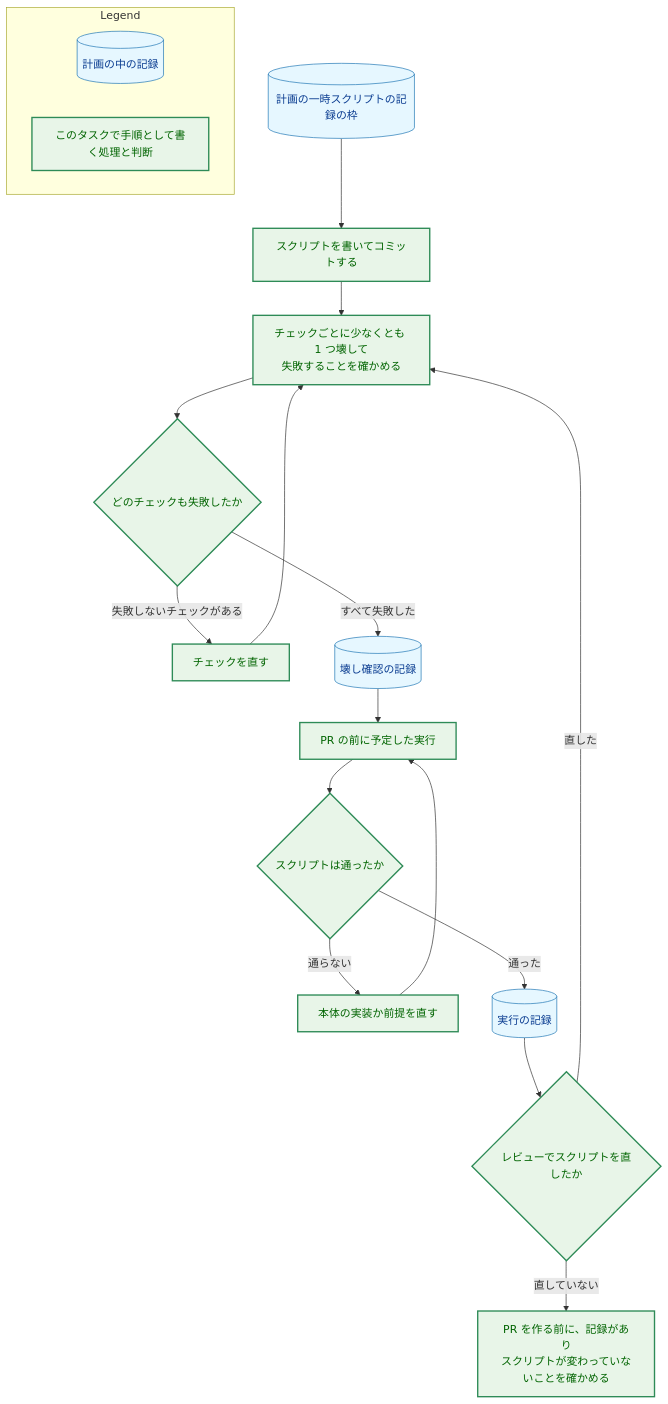
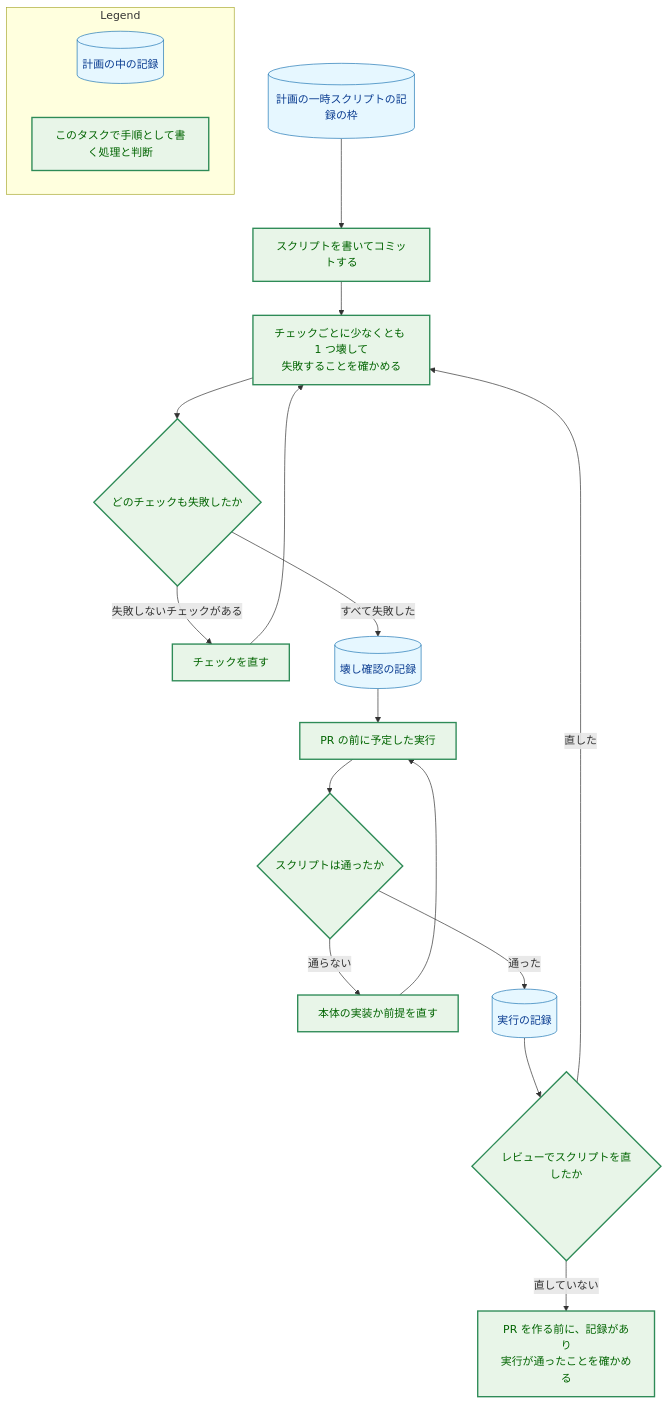
Before and after one commit to isseis/yt2column: the fourth of 5 diagrams in docs/tasks/0124_checks_proportion/02_architecture.md, drawn with Mermaid. The commit also changed other lines of this file and 1 other file, not shown here.

````diff
--- a/docs/tasks/0124_checks_proportion/02_architecture.md
+++ b/docs/tasks/0124_checks_proportion/02_architecture.md
@@ -456,36 +440,36 @@
 ```mermaid
 flowchart TD
     classDef data fill:#e6f7ff,stroke:#1f77b4,stroke-width:1px,color:#0b3d91;
     classDef enhanced fill:#e8f5e8,stroke:#2e8b57,stroke-width:2px,color:#006400;
 
     SLOT[("計画の一時スクリプトの記録の枠")]
     WRITE["スクリプトを書いてコミットする"]
     BREAK["チェックごとに少なくとも 1 つ壊して<br>失敗することを確かめる"]
     FAIL{"どのチェックも失敗したか"}
     FIX["チェックを直す"]
     BREC[("壊し確認の記録")]
     RUN["PR の前に予定した実行"]
     PASS{"スクリプトは通ったか"}
     IMPL["本体の実装か前提を直す"]
     RREC[("実行の記録")]
     REVIEW{"レビューでスクリプトを直したか"}
-    CHECK["PR を作る前に、記録があり<br>スクリプトが変わっていないことを確かめる"]
+    CHECK["PR を作る前に、記録があり<br>実行が通ったことを確かめる"]
 
     SLOT --> WRITE --> BREAK --> FAIL
     FAIL -->|"失敗しないチェックがある"| FIX --> BREAK
     FAIL -->|"すべて失敗した"| BREC --> RUN --> PASS
     PASS -->|"通らない"| IMPL --> RUN
     PASS -->|"通った"| RREC --> REVIEW
     REVIEW -->|"直した"| BREAK
     REVIEW -->|"直していない"| CHECK
 
     class SLOT,BREC,RREC data
     class WRITE,BREAK,FAIL,FIX,RUN,PASS,IMPL,REVIEW,CHECK enhanced
 
     subgraph Legend["Legend"]
         L1[("計画の中の記録")]
         L2["このタスクで手順として書く処理と判断"]
     end
     class L1 data
     class L2 enhanced
 ```
````
